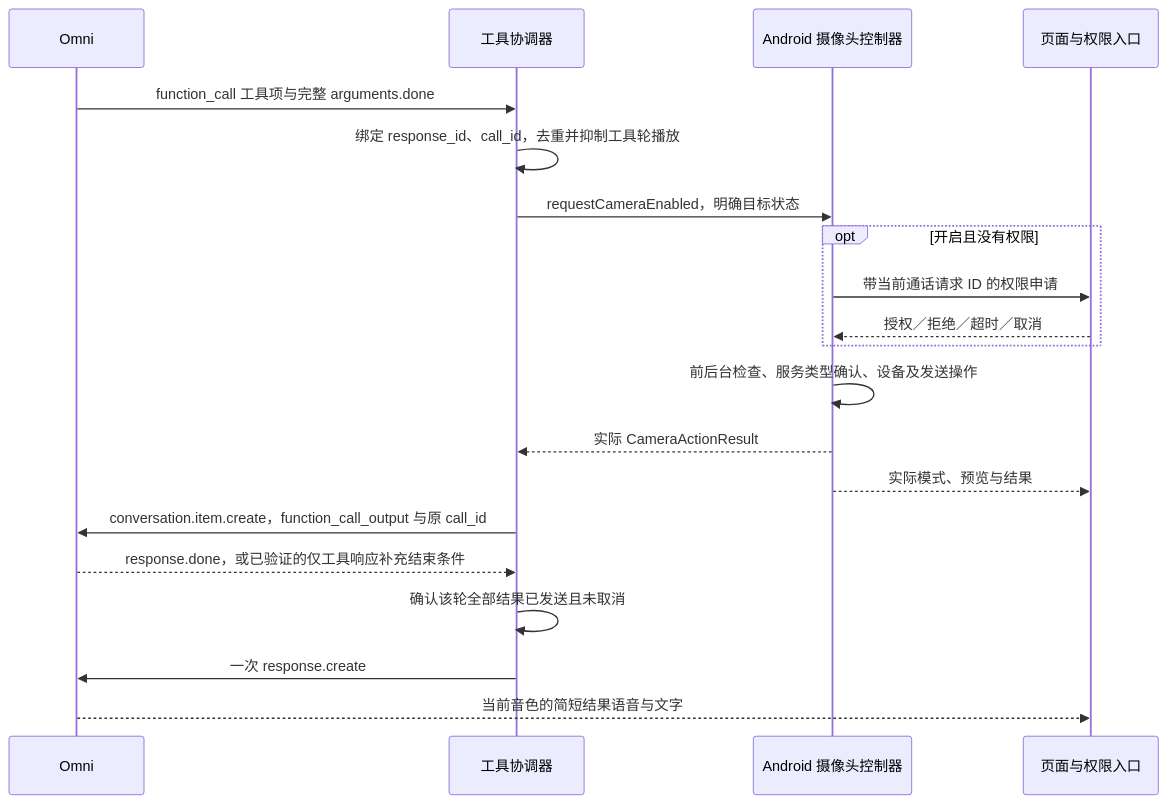
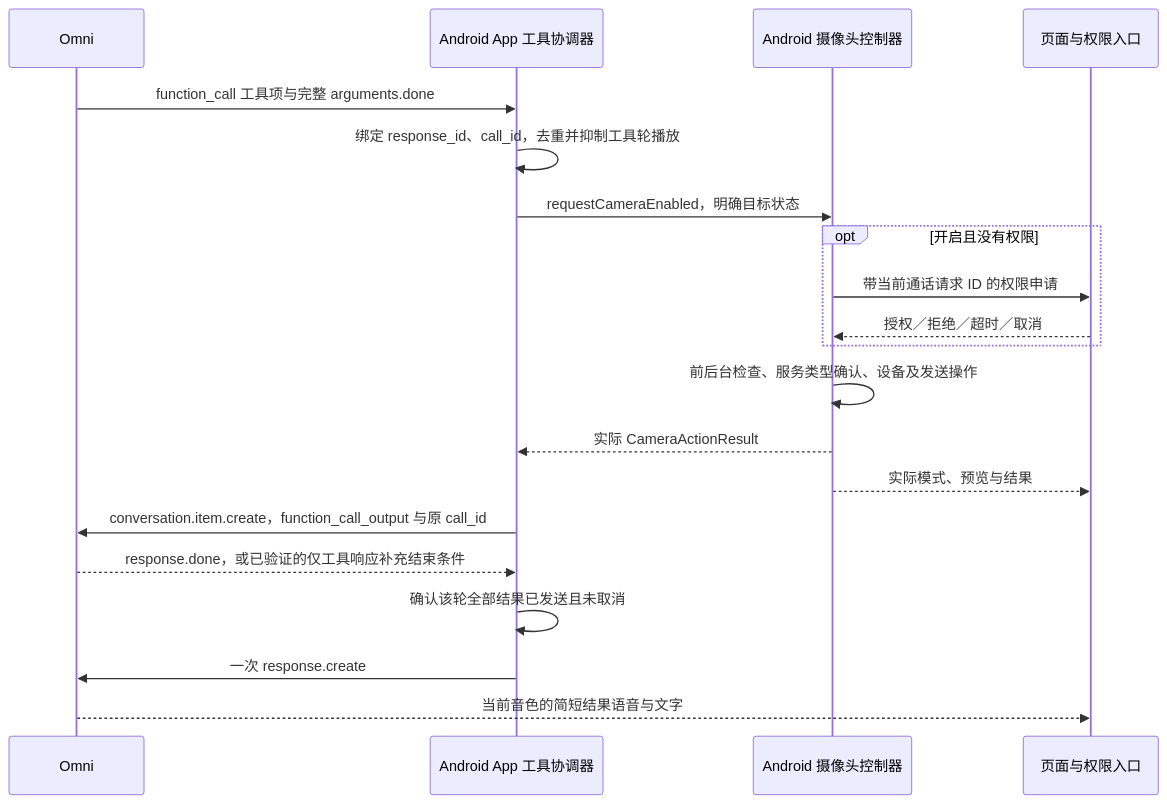
The seventh of 7 diagrams in docs/features/ai-audio-video-interaction.md (John-Shao/we-meet), drawn with Mermaid before and after one commit. The commit also changed other lines of this file, not shown here.

Commit message:
docs(ai-call): complete interaction flow and interface reference

````diff
--- a/docs/features/ai-audio-video-interaction.md
+++ b/docs/features/ai-audio-video-interaction.md
@@ -326,22 +491,22 @@
 ```mermaid
 sequenceDiagram
     participant Omni as Omni
-    participant Tools as 工具协调器
+    participant Tools as Android App 工具协调器
     participant Camera as Android 摄像头控制器
     participant UI as 页面与权限入口
     Omni->>Tools: function_call 工具项与完整 arguments.done
     Tools->>Tools: 绑定 response_id、call_id，去重并抑制工具轮播放
     Tools->>Camera: requestCameraEnabled，明确目标状态
     opt 开启且没有权限
         Camera->>UI: 带当前通话请求 ID 的权限申请
         UI-->>Camera: 授权／拒绝／超时／取消
     end
     Camera->>Camera: 前后台检查、服务类型确认、设备及发送操作
     Camera-->>Tools: 实际 CameraActionResult
     Camera-->>UI: 实际模式、预览与结果
     Tools->>Omni: conversation.item.create，function_call_output 与原 call_id
     Omni-->>Tools: response.done，或已验证的仅工具响应补充结束条件
     Tools->>Tools: 确认该轮全部结果已发送且未取消
     Tools->>Omni: 一次 response.create
     Omni-->>UI: 当前音色的简短结果语音与文字
 ```
````
